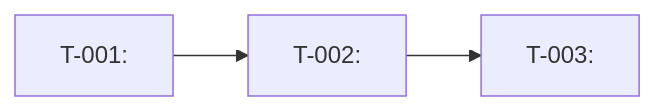
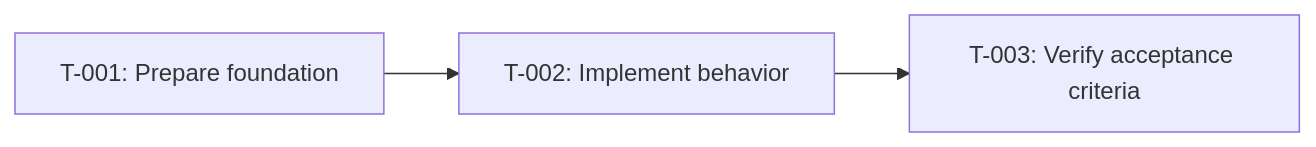
The diagram in docs/specs/0000-feature-name/tasks.md (rizkydwicmt/vibe-ddd-golang), drawn with Mermaid before and after one commit. The commit also changed 6 other files, not shown here.

Commit message:
fix Mermaid documentation templates

````diff
--- a/docs/specs/0000-feature-name/tasks.md
+++ b/docs/specs/0000-feature-name/tasks.md
@@ -42,5 +42,5 @@
 ```mermaid
 flowchart LR
-  T1["T-001: <foundation>"] --> T2["T-002: <behavior>"]
-  T2 --> T3["T-003: <verification>"]
+  T1["T-001: Prepare foundation"] --> T2["T-002: Implement behavior"]
+  T2 --> T3["T-003: Verify acceptance criteria"]
 ```
````
